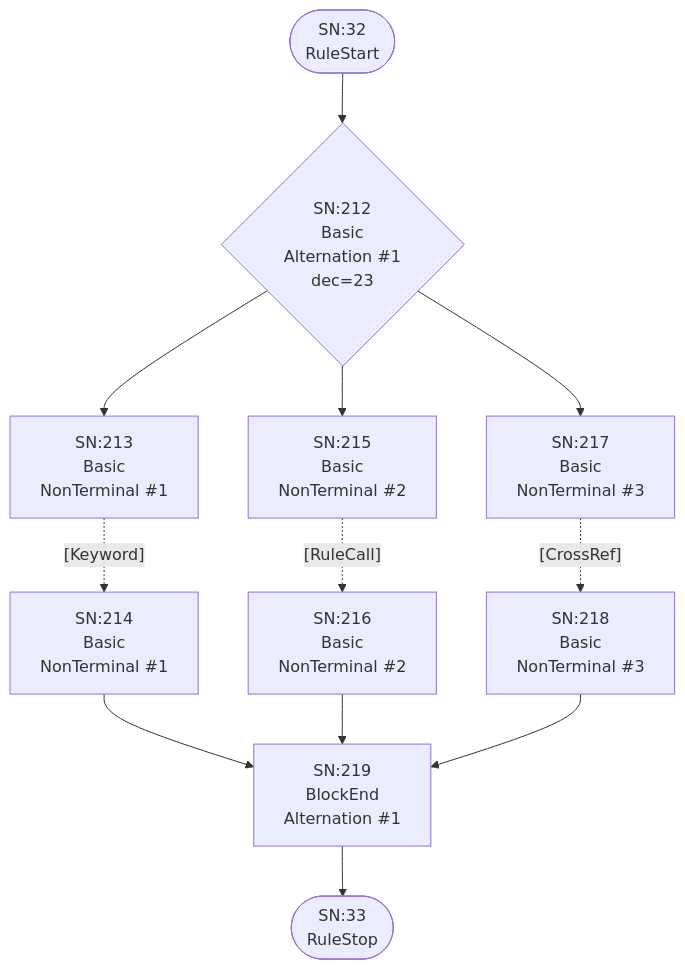
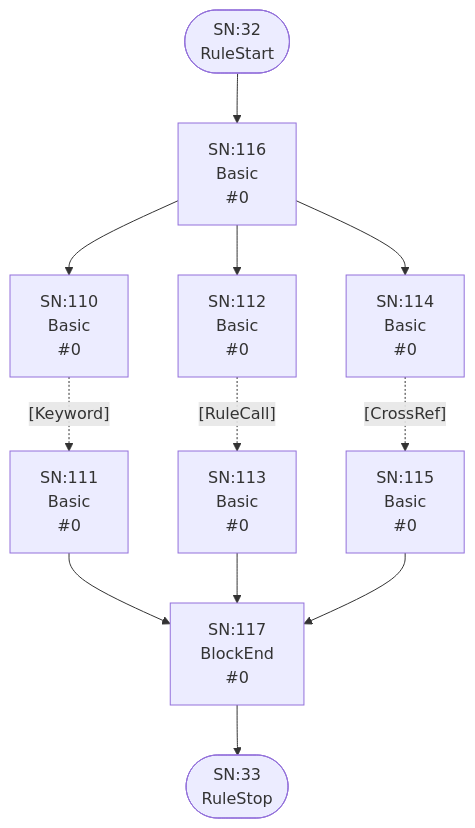
Before and after one commit to TypeFox/fastbelt: diagram 17 of 25 in internal/grammar/atn.md, drawn with Mermaid. The commit also changed other lines of this file and 10 other files, not shown here.

````diff
--- a/internal/grammar/atn.md
+++ b/internal/grammar/atn.md
@@ -519,25 +529,25 @@
 ```mermaid
 flowchart TD
     q32(["SN:32<br/>RuleStart"])
     q33(["SN:33<br/>RuleStop"])
-    q212{"SN:212<br/>Basic<br/>Alternation #1<br/>dec=23"}
-    q213["SN:213<br/>Basic<br/>NonTerminal #1"]
-    q214["SN:214<br/>Basic<br/>NonTerminal #1"]
-    q215["SN:215<br/>Basic<br/>NonTerminal #2"]
-    q216["SN:216<br/>Basic<br/>NonTerminal #2"]
-    q217["SN:217<br/>Basic<br/>NonTerminal #3"]
-    q218["SN:218<br/>Basic<br/>NonTerminal #3"]
-    q219["SN:219<br/>BlockEnd<br/>Alternation #1"]
+    q110["SN:110<br/>Basic<br/> #0"]
+    q111["SN:111<br/>Basic<br/> #0"]
+    q112["SN:112<br/>Basic<br/> #0"]
+    q113["SN:113<br/>Basic<br/> #0"]
+    q114["SN:114<br/>Basic<br/> #0"]
+    q115["SN:115<br/>Basic<br/> #0"]
+    q116["SN:116<br/>Basic<br/> #0"]
+    q117["SN:117<br/>BlockEnd<br/> #0"]
 
-    q32 --> q212
-    q212 --> q213
-    q212 --> q215
-    q212 --> q217
-    q213 -.->|"[Keyword]"| q214
-    q214 --> q219
-    q215 -.->|"[RuleCall]"| q216
-    q216 --> q219
-    q217 -.->|"[CrossRef]"| q218
-    q218 --> q219
-    q219 --> q33
+    q32 --> q116
+    q110 -.->|"[Keyword]"| q111
+    q111 --> q117
+    q112 -.->|"[RuleCall]"| q113
+    q113 --> q117
+    q114 -.->|"[CrossRef]"| q115
+    q115 --> q117
+    q116 --> q110
+    q116 --> q112
+    q116 --> q114
+    q117 --> q33
 ```
````
